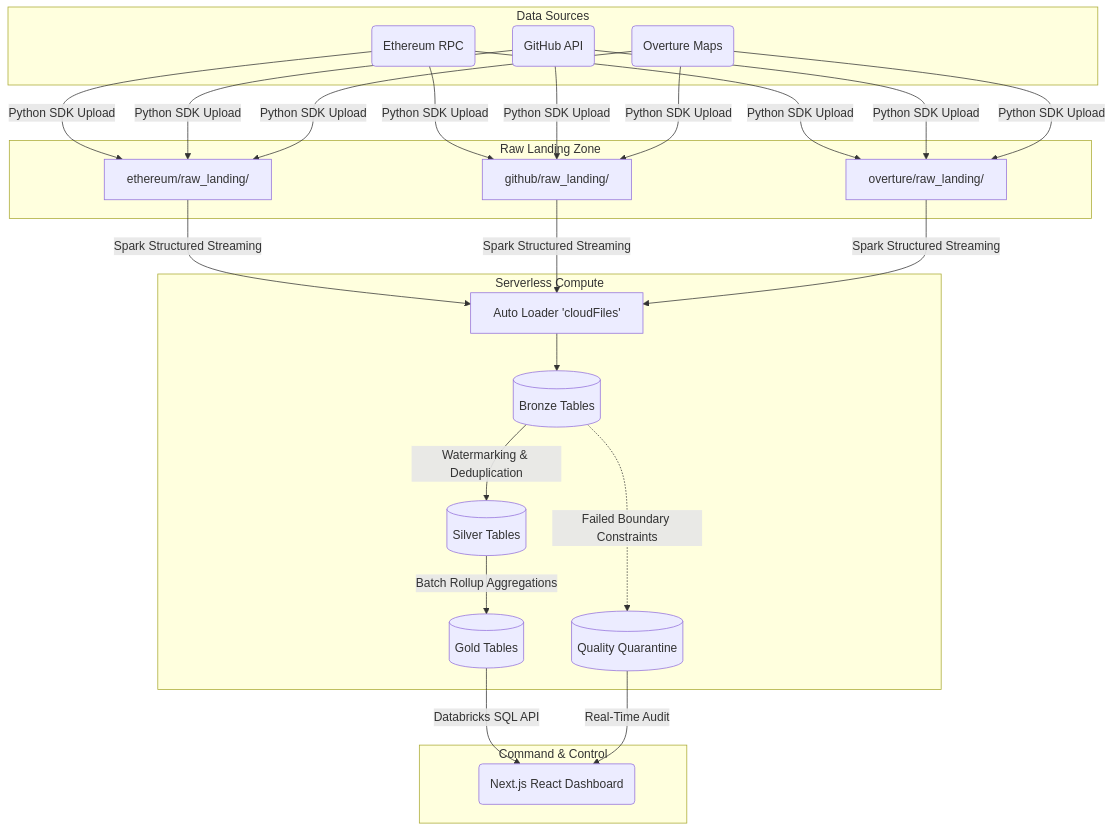
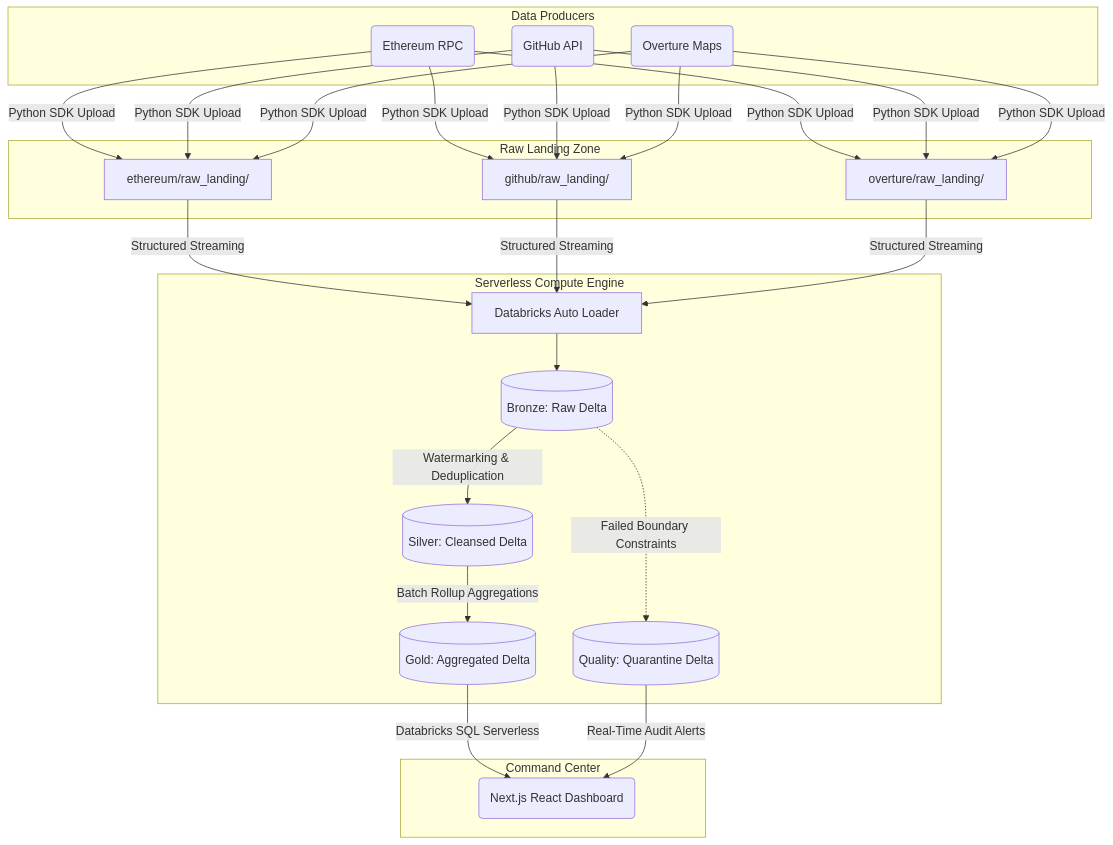
The diagram in README.md (iamdpsingh/Enterprise-Databricks-Lakehouse-Real-Time-Data-Intelligence-Platform), drawn with Mermaid before and after one commit. The commit also changed other lines of this file, not shown here.

Commit message:
docs: Comprehensive Senior-Level rewrite of README.md detailing advanced Lakehouse engineering patterns, exactly-once processing, and data quality routing

````diff
--- a/README.md
+++ b/README.md
@@ -20,35 +21,35 @@
 ```mermaid
 flowchart TD
-    subgraph Data Sources
+    subgraph Data Producers
         ETH(Ethereum RPC)
         GH(GitHub API)
         OV(Overture Maps)
     end
 
     subgraph Databricks Unity Catalog Volumes [Raw Landing Zone]
         VOL_ETH[ethereum/raw_landing/]
         VOL_GH[github/raw_landing/]
         VOL_OV[overture/raw_landing/]
     end
 
-    subgraph Databricks Data Engine [Serverless Compute]
-        AL[Auto Loader 'cloudFiles']
-        BRONZE[(Bronze Tables)]
-        SILVER[(Silver Tables)]
-        GOLD[(Gold Tables)]
-        QUARANTINE[(Quality Quarantine)]
+    subgraph Databricks Lakehouse [Serverless Compute Engine]
+        AL[Databricks Auto Loader]
+        BRONZE[(Bronze: Raw Delta)]
+        SILVER[(Silver: Cleansed Delta)]
+        GOLD[(Gold: Aggregated Delta)]
+        QUARANTINE[(Quality: Quarantine Delta)]
     end
 
-    subgraph Operations [Command & Control]
+    subgraph Operations & BI [Command Center]
         NEXT(Next.js React Dashboard)
     end
 
     ETH & GH & OV -->|Python SDK Upload| VOL_ETH & VOL_GH & VOL_OV
-    VOL_ETH & VOL_GH & VOL_OV -->|Spark Structured Streaming| AL
+    VOL_ETH & VOL_GH & VOL_OV -->|Structured Streaming| AL
     AL --> BRONZE
     BRONZE -->|Watermarking & Deduplication| SILVER
     BRONZE -.->|Failed Boundary Constraints| QUARANTINE
     SILVER -->|Batch Rollup Aggregations| GOLD
-    GOLD -->|Databricks SQL API| NEXT
-    QUARANTINE -->|Real-Time Audit| NEXT
+    GOLD -->|Databricks SQL Serverless| NEXT
+    QUARANTINE -->|Real-Time Audit Alerts| NEXT
 ```
````
